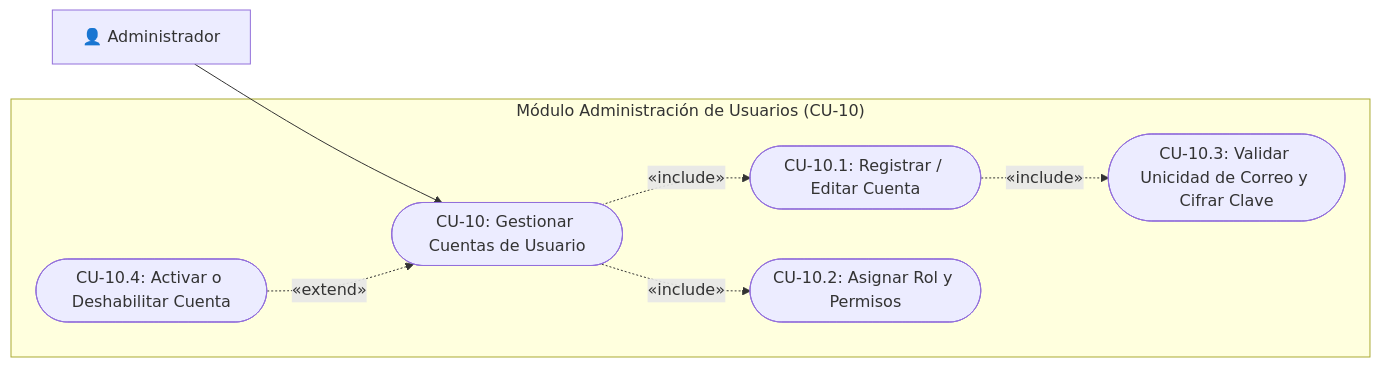
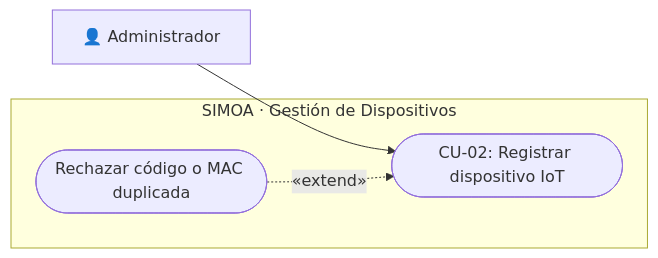
Before and after one commit to LuzElianaSanchezTovar666/Sistema_oit_de_monitoreo_ambiental: the third of 17 diagrams in docs/SRS_SIMOA.md, drawn with Mermaid. The commit also changed other lines of this file, not shown here.

````diff
--- a/docs/SRS_SIMOA.md
+++ b/docs/SRS_SIMOA.md
@@ -340,18 +330,12 @@
 ```mermaid
 flowchart LR
     Admin["👤 Administrador"]
 
-    subgraph "Módulo Administración de Usuarios (CU-10)"
-        CU10_Main(["CU-10: Gestionar Cuentas de Usuario"])
-        CU10_Create(["CU-10.1: Registrar / Editar Cuenta"])
-        CU10_Role(["CU-10.2: Asignar Rol y Permisos"])
-        CU10_Audit(["CU-10.3: Validar Unicidad de Correo y Cifrar Clave"])
-        CU10_Deact(["CU-10.4: Activar o Deshabilitar Cuenta"])
+    subgraph "SIMOA · Gestión de Dispositivos"
+        CU02(["CU-02: Registrar dispositivo IoT"])
+        CU02_Err(["Rechazar código o MAC duplicada"])
     end
 
-    Admin --> CU10_Main
-    CU10_Main -.->|«include»| CU10_Create
-    CU10_Main -.->|«include»| CU10_Role
-    CU10_Create -.->|«include»| CU10_Audit
-    CU10_Deact -.->|«extend»| CU10_Main
+    Admin --> CU02
+    CU02_Err -.->|«extend»| CU02
 ```
````
